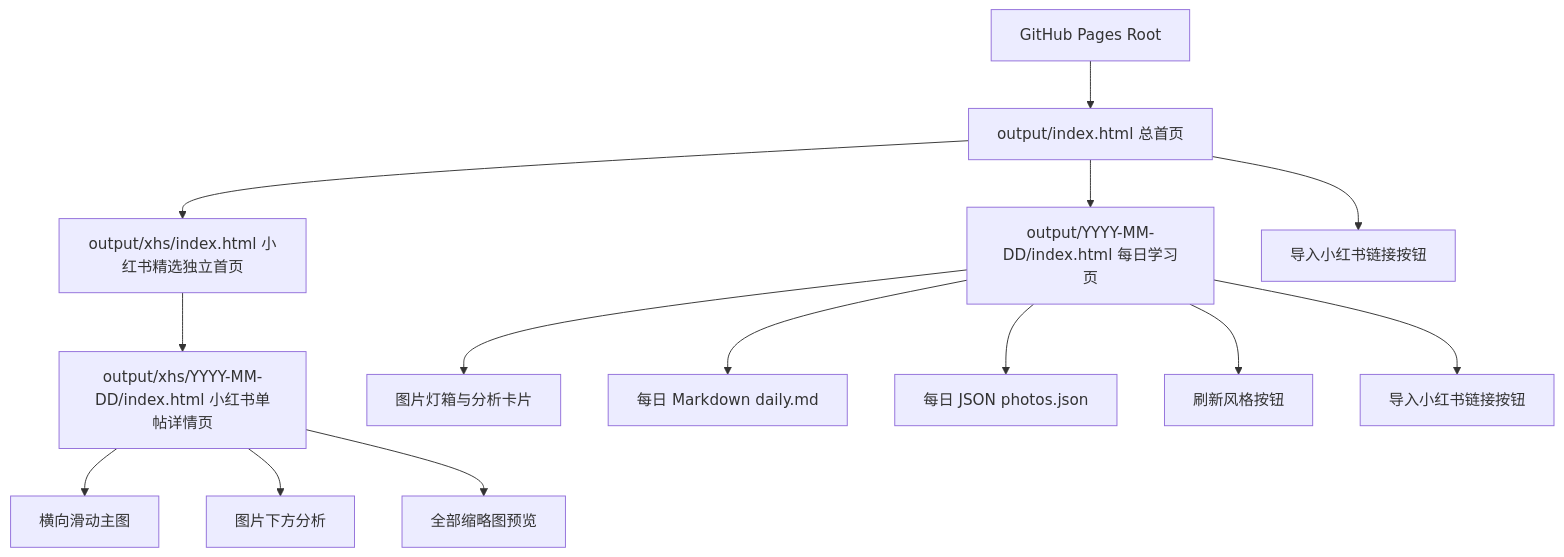
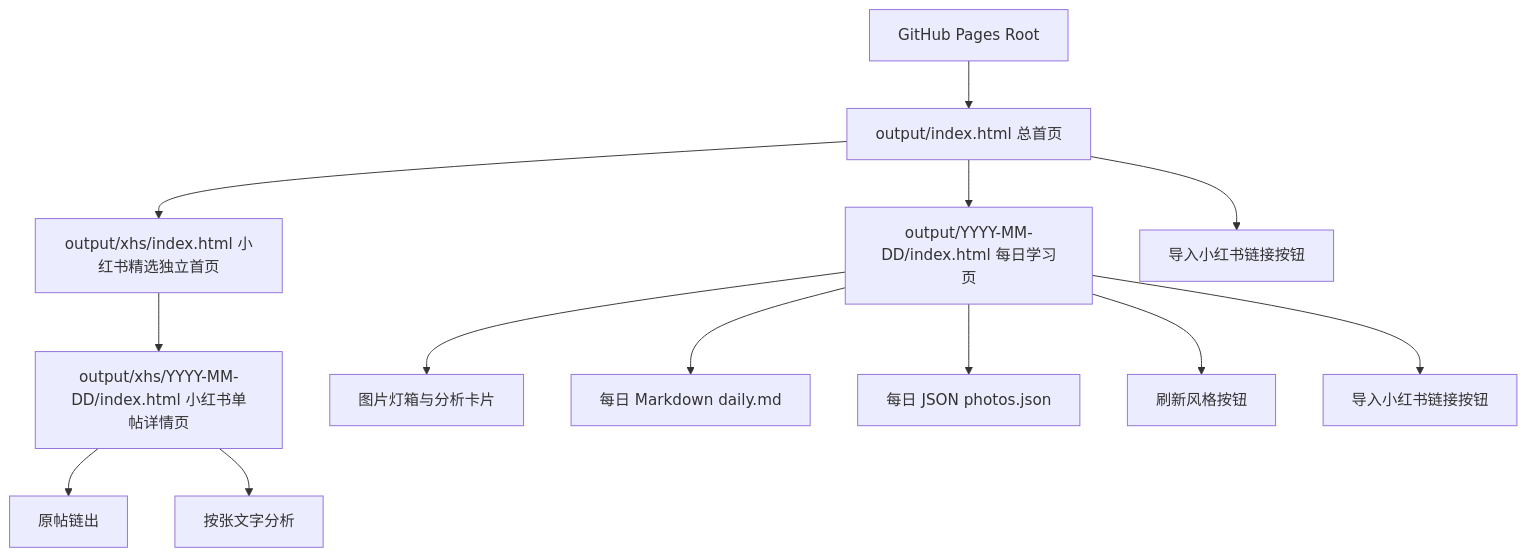
Before and after one commit to krisaruz/daily-photo-coach: the first of 9 diagrams in docs/PRD.md, drawn with Mermaid. The commit also changed other lines of this file and 1060 other files, not shown here.

````diff
--- a/docs/PRD.md
+++ b/docs/PRD.md
@@ -205,16 +203,15 @@
 ```mermaid
 flowchart TD
     A[GitHub Pages Root] --> B[output/index.html 总首页]
     B --> C[output/YYYY-MM-DD/index.html 每日学习页]
     B --> D[output/xhs/index.html 小红书精选独立首页]
     D --> E[output/xhs/YYYY-MM-DD/index.html 小红书单帖详情页]
     C --> F[图片灯箱与分析卡片]
     C --> G[每日 Markdown daily.md]
     C --> H[每日 JSON photos.json]
-    E --> I[横向滑动主图]
-    E --> J[图片下方分析]
-    E --> K[全部缩略图预览]
+    E --> I[原帖链出]
+    E --> J[按张文字分析]
     B --> L[导入小红书链接按钮]
     C --> M[刷新风格按钮]
     C --> N[导入小红书链接按钮]
 ```
````
